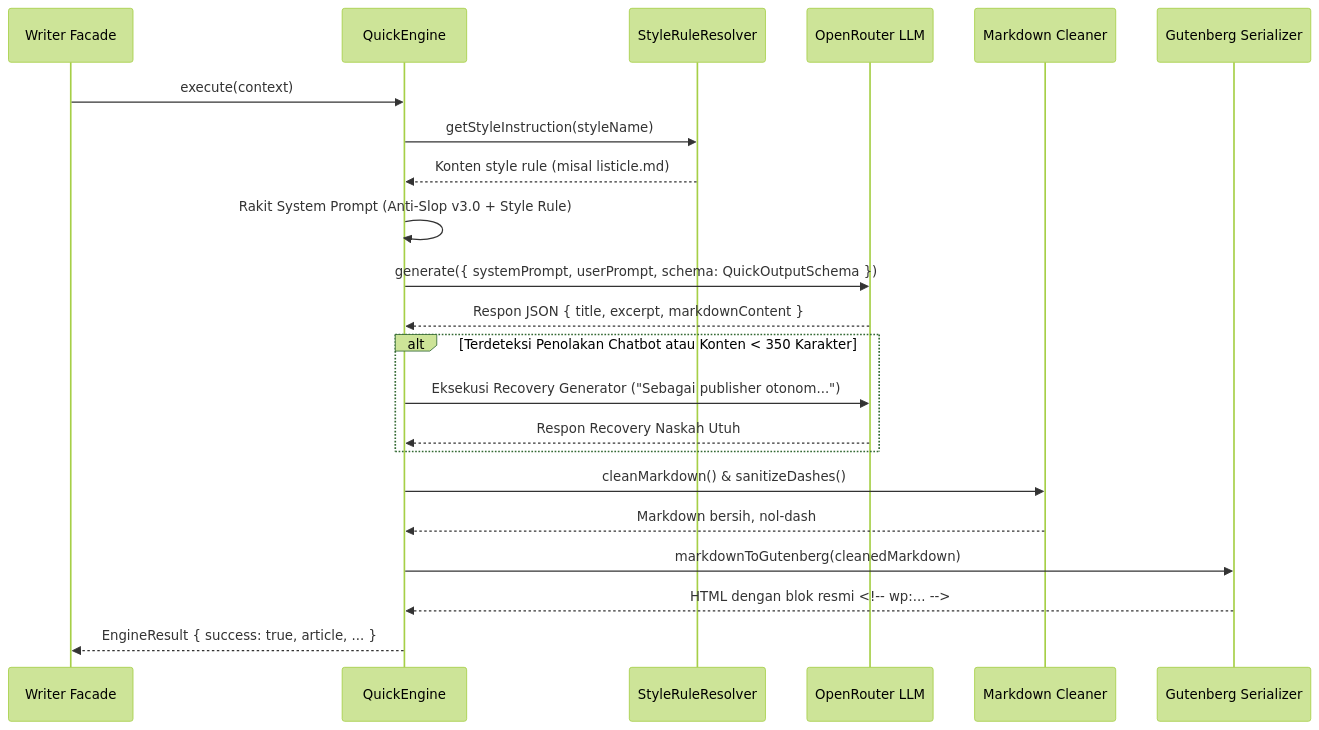
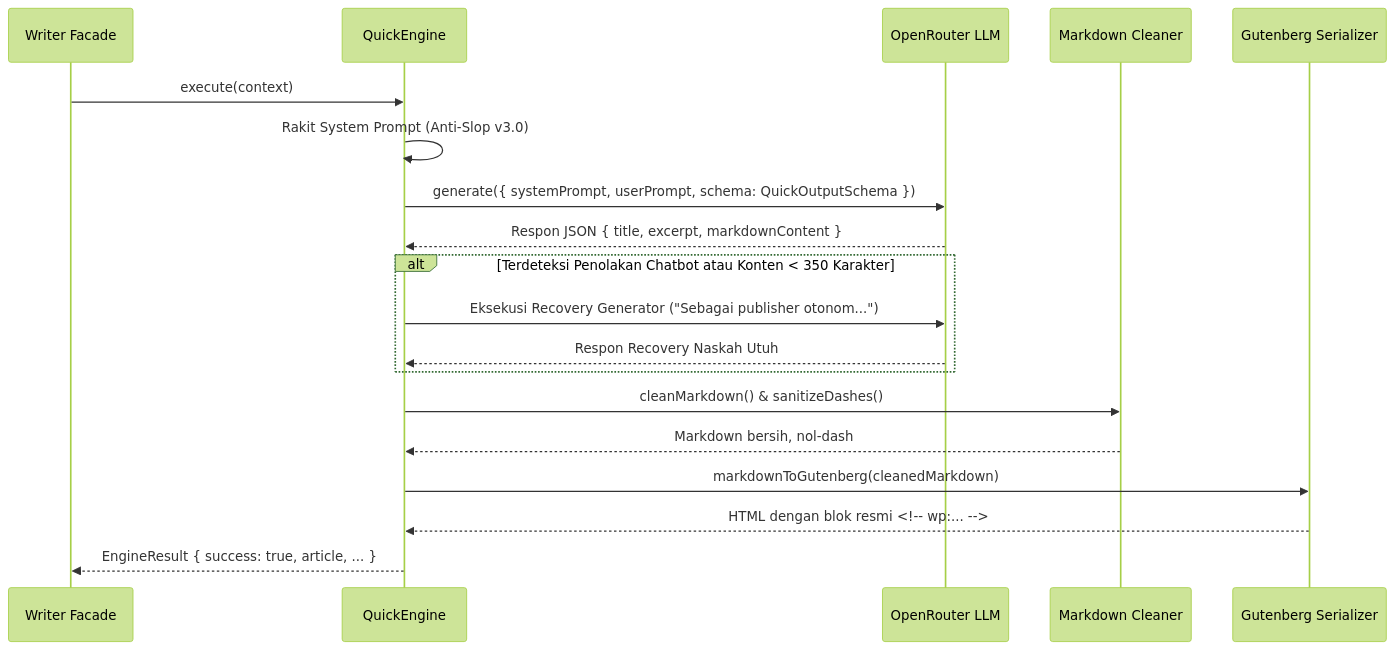
Before and after one commit to erzawansyah/wp-autopost-dashboard: the diagram in src/core/writer/engines/quick/docs.md, drawn with Mermaid (forest theme). The commit also changed other lines of this file and 13 other files, not shown here.

````diff
--- a/src/core/writer/engines/quick/docs.md
+++ b/src/core/writer/engines/quick/docs.md
@@ -94,27 +89,24 @@
 ```mermaid
 sequenceDiagram
     participant Facade as Writer Facade
     participant Engine as QuickEngine
-    participant Style as StyleRuleResolver
     participant LLM as OpenRouter LLM
     participant Cleaner as Markdown Cleaner
     participant G as Gutenberg Serializer
 
     Facade->>Engine: execute(context)
-    Engine->>Style: getStyleInstruction(styleName)
-    Style-->>Engine: Konten style rule (misal listicle.md)
-    Engine->>Engine: Rakit System Prompt (Anti-Slop v3.0 + Style Rule)
+    Engine->>Engine: Rakit System Prompt (Anti-Slop v3.0)
     Engine->>LLM: generate({ systemPrompt, userPrompt, schema: QuickOutputSchema })
     LLM-->>Engine: Respon JSON { title, excerpt, markdownContent }
     
     alt Terdeteksi Penolakan Chatbot atau Konten < 350 Karakter
         Engine->>LLM: Eksekusi Recovery Generator ("Sebagai publisher otonom...")
         LLM-->>Engine: Respon Recovery Naskah Utuh
     end
 
     Engine->>Cleaner: cleanMarkdown() & sanitizeDashes()
     Cleaner-->>Engine: Markdown bersih, nol-dash
     Engine->>G: markdownToGutenberg(cleanedMarkdown)
     G-->>Engine: HTML dengan blok resmi <!-- wp:... -->
     Engine-->>Facade: EngineResult { success: true, article, ... }
 ```
````
